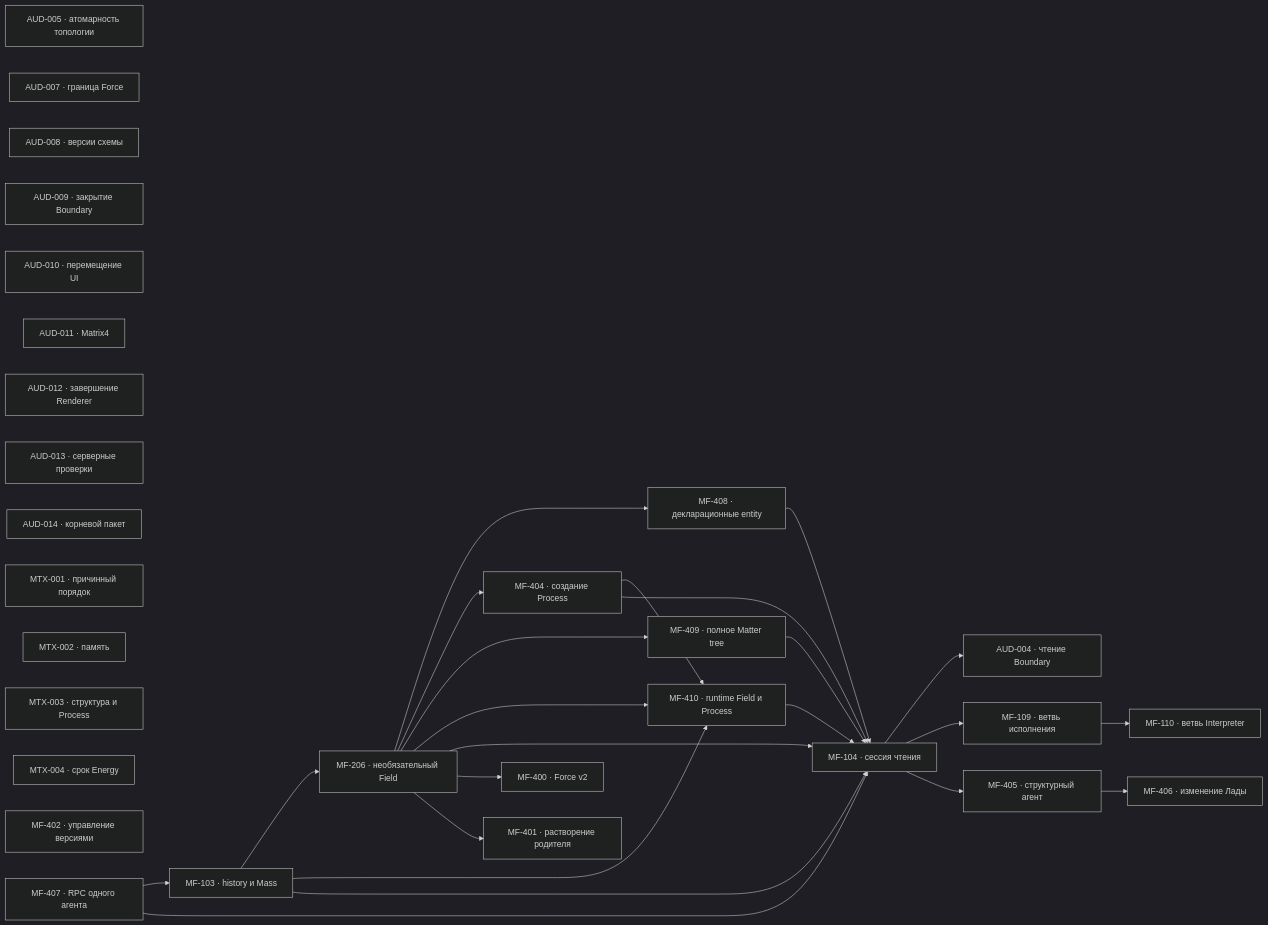
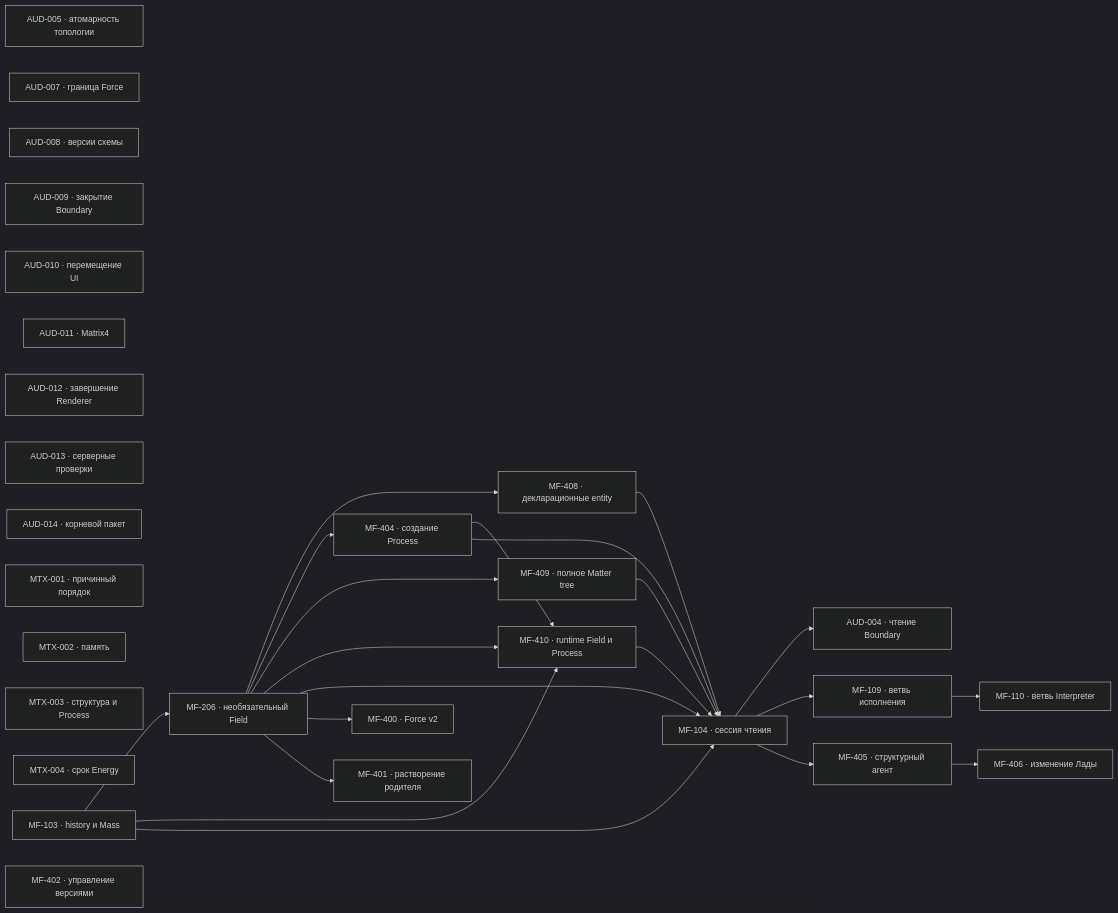
One commit to zavx0z/metafor changed the diagram in project/TODO.md. Above: the diagram before and after it, drawn with Mermaid (dark theme). The commit also changed other lines of this file and 2 other files, not shown here.

Commit message:
docs(project): close rpc surface inventory

````diff
--- a/project/TODO.md
+++ b/project/TODO.md
@@ -13,55 +13,52 @@
 ```mermaid
 flowchart LR
     AUD004["AUD-004 · чтение Boundary"]
     AUD005["AUD-005 · атомарность топологии"]
     AUD007["AUD-007 · граница Force"]
     AUD008["AUD-008 · версии схемы"]
     AUD009["AUD-009 · закрытие Boundary"]
     AUD010["AUD-010 · перемещение UI"]
     AUD011["AUD-011 · Matrix4"]
     AUD012["AUD-012 · завершение Renderer"]
     AUD013["AUD-013 · серверные проверки"]
     AUD014["AUD-014 · корневой пакет"]
     MTX001["MTX-001 · причинный порядок"]
     MTX002["MTX-002 · память"]
     MTX003["MTX-003 · структура и Process"]
     MTX004["MTX-004 · срок Energy"]
     MF103["MF-103 · history и Mass"]
     MF104["MF-104 · сессия чтения"]
     MF109["MF-109 · ветвь исполнения"]
     MF110["MF-110 · ветвь Interpreter"]
     MF206["MF-206 · необязательный Field"]
     MF400["MF-400 · Force v2"]
     MF401["MF-401 · растворение родителя"]
     MF402["MF-402 · управление версиями"]
     MF404["MF-404 · создание Process"]
     MF405["MF-405 · структурный агент"]
     MF406["MF-406 · изменение Лады"]
-    MF407["MF-407 · RPC одного агента"]
     MF408["MF-408 · декларационные entity"]
     MF409["MF-409 · полное Matter tree"]
     MF410["MF-410 · runtime Field и Process"]
 
-    MF407 --> MF103
     MF103 --> MF206
     MF206 --> MF408
     MF206 --> MF404
     MF206 --> MF409
     MF103 --> MF410
     MF206 --> MF410
     MF404 --> MF410
-    MF407 --> MF104
     MF103 --> MF104
     MF206 --> MF104
     MF408 --> MF104
     MF404 --> MF104
     MF409 --> MF104
     MF410 --> MF104
     MF104 --> AUD004
     MF104 --> MF109
     MF109 --> MF110
     MF206 --> MF400
     MF206 --> MF401
     MF104 --> MF405
     MF405 --> MF406
 ```
````
